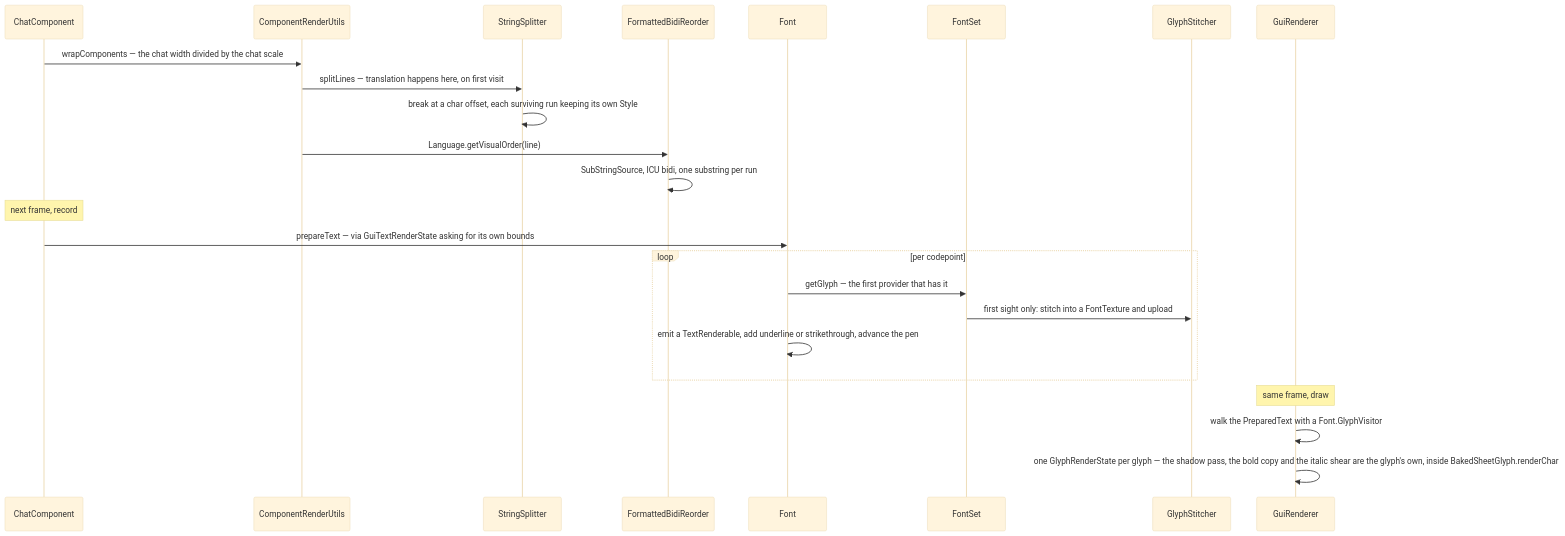
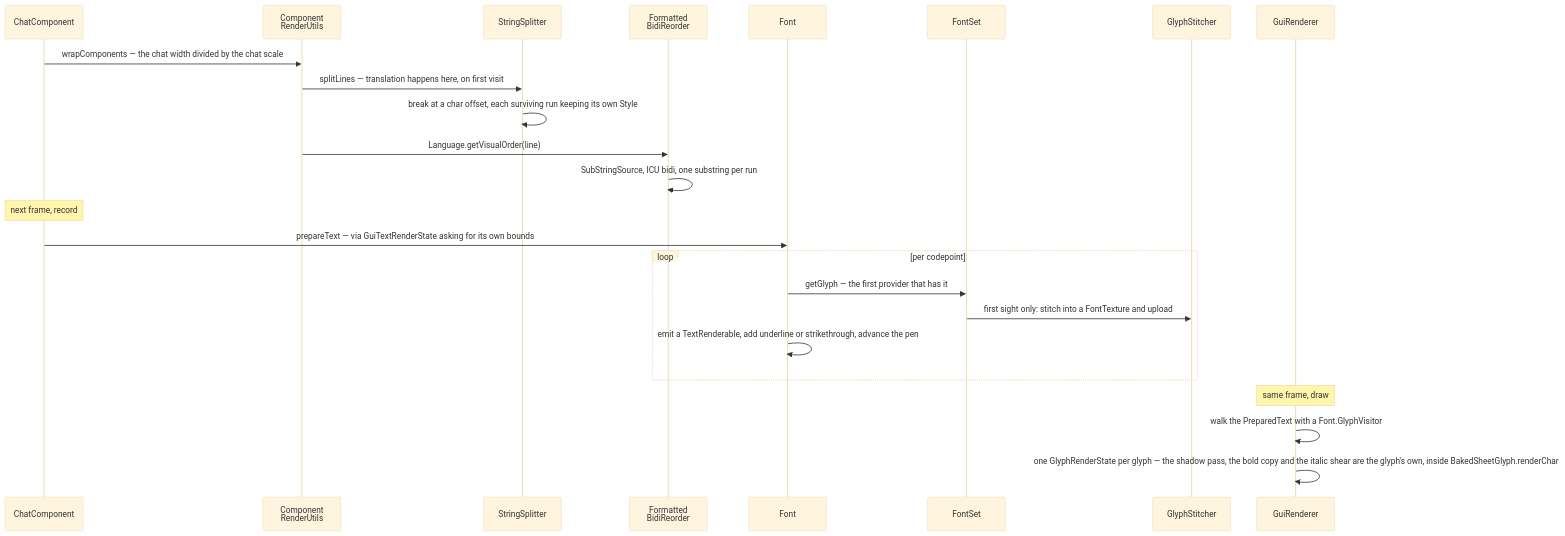
Before and after one commit to AlexanderjFraser/MinecraftDocs: the second of 2 diagrams in src/systems/client/text-and-fonts.md, drawn with Mermaid (base theme). The commit also changed 68 other files, not shown here.

````diff
--- a/src/systems/client/text-and-fonts.md
+++ b/src/systems/client/text-and-fonts.md
@@ -170,27 +170,27 @@
 ```mermaid
 sequenceDiagram
     participant ChatC as ChatComponent
-    participant CRU as ComponentRenderUtils
+    participant CRU as Component<br/>RenderUtils
     participant SSpl as StringSplitter
-    participant FBR as FormattedBidiReorder
+    participant FBR as Formatted<br/>BidiReorder
     participant Font as Font
     participant FSet as FontSet
     participant GStit as GlyphStitcher
     participant GuiR as GuiRenderer
 
     ChatC->>CRU: wrapComponents — the chat width divided by the chat scale
     CRU->>SSpl: splitLines — translation happens here, on first visit
     SSpl->>SSpl: break at a char offset, each surviving run keeping its own Style
     CRU->>FBR: Language.getVisualOrder(line)
     FBR->>FBR: SubStringSource, ICU bidi, one substring per run
     Note over ChatC: next frame, record
     ChatC->>Font: prepareText — via GuiTextRenderState asking for its own bounds
     loop per codepoint
         Font->>FSet: getGlyph — the first provider that has it
         FSet->>GStit: first sight only: stitch into a FontTexture and upload
         Font->>Font: emit a TextRenderable, add underline or strikethrough, advance the pen
     end
     Note over GuiR: same frame, draw
     GuiR->>GuiR: walk the PreparedText with a Font.GlyphVisitor
     GuiR->>GuiR: one GlyphRenderState per glyph — the shadow pass, the bold copy and the italic shear are the glyph's own, inside BakedSheetGlyph.renderChar
 ```
````
